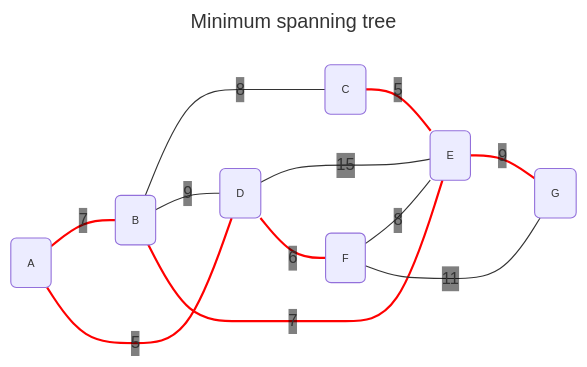
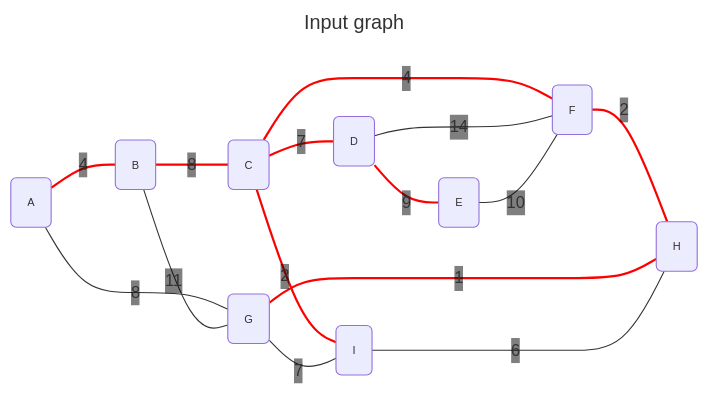
One commit to sweinst/Grafology changed the first of 2 diagrams in docs/algos/minimum_spanning_tree.md. Above: the diagram before and after it, drawn with Mermaid. The commit also changed other lines of this file, not shown here.

````diff
--- a/docs/algos/minimum_spanning_tree.md
+++ b/docs/algos/minimum_spanning_tree.md
@@ -20,32 +20,37 @@
 ```mermaid
 ---
-title: Minimum spanning tree
+title: Input graph
 config:
   themeVariables:
     fontSize: 10px
     sectionFontSize: 10px
     edgeLabelBackground: transparent
 ---
 graph LR;
     A(A)
     B(B)
     C(C)
     D(D)
     E(E)
     F(F)
     G(G)
-    A -- 7 --- B
-    A -- 5 --- D
+    H(H)
+    I(I)
+    A -- 4 --- B
+    A -- 8 --- G
     B -- 8 --- C
-    B -- 9 --- D
-    B -- 7 --- E
-    C -- 5 --- E
-    D -- 15 --- E
-    D -- 6 --- F
-    F -- 8 --- E
-    F -- 11 --- G
-    E -- 9 --- G
+    B -- 11 --- G
+    C -- 7 --- D
+    C -- 2 --- I
+    C -- 4 --- F
+    D -- 9 --- E
+    D -- 14 --- F
+    E -- 10 --- F
+    F -- 2 --- H
+    G -- 1 --- H
+    G -- 7 --- I
+    I -- 6 --- H
 
     linkStyle default font-size: 15px
-    linkStyle 0,1,4,5,7,10 stroke-width:2px, stroke:red, fill: none
+    linkStyle 0,2,4,5,6,7,10,11 stroke-width:2px, stroke:red, fill: none
 ```
````
